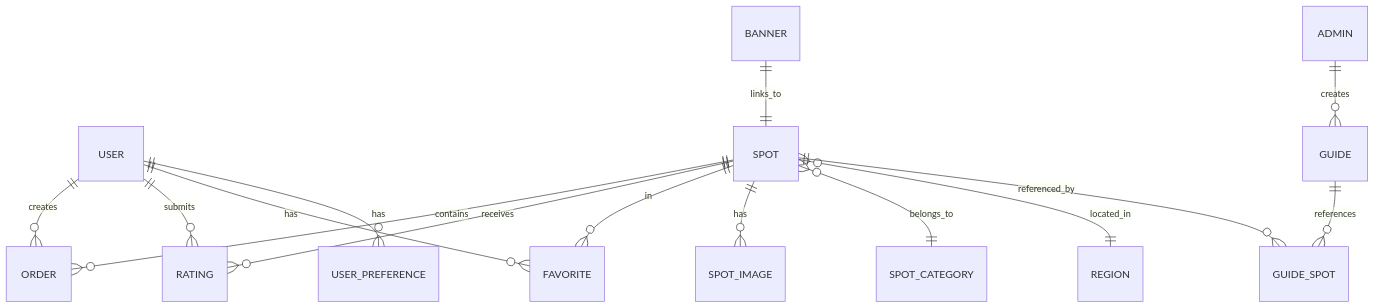
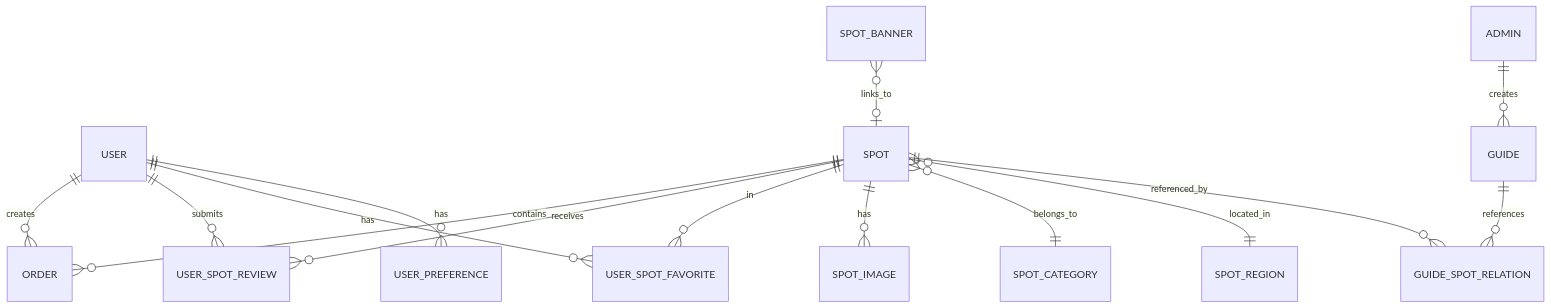
One commit to TheayX/WayTrip changed the diagram in .kiro/specs/travel-recommendation-system/database.md. Above: the diagram before and after it, drawn with Mermaid. The commit also changed other lines of this file and 6 other files, not shown here.

````diff
--- a/.kiro/specs/travel-recommendation-system/database.md
+++ b/.kiro/specs/travel-recommendation-system/database.md
@@ -20,21 +20,21 @@
 ```mermaid
 erDiagram
     USER ||--o{ ORDER : creates
-    USER ||--o{ RATING : submits
-    USER ||--o{ FAVORITE : has
+    USER ||--o{ USER_SPOT_REVIEW : submits
+    USER ||--o{ USER_SPOT_FAVORITE : has
     USER ||--o{ USER_PREFERENCE : has
-    
+
     SPOT ||--o{ ORDER : contains
-    SPOT ||--o{ RATING : receives
-    SPOT ||--o{ FAVORITE : in
+    SPOT ||--o{ USER_SPOT_REVIEW : receives
+    SPOT ||--o{ USER_SPOT_FAVORITE : in
     SPOT ||--o{ SPOT_IMAGE : has
     SPOT }o--|| SPOT_CATEGORY : belongs_to
-    SPOT }o--|| REGION : located_in
-    
-    GUIDE ||--o{ GUIDE_SPOT : references
-    SPOT ||--o{ GUIDE_SPOT : referenced_by
-    
+    SPOT }o--|| SPOT_REGION : located_in
+
+    GUIDE ||--o{ GUIDE_SPOT_RELATION : references
+    SPOT ||--o{ GUIDE_SPOT_RELATION : referenced_by
+
     ADMIN ||--o{ GUIDE : creates
-    
-    BANNER ||--|| SPOT : links_to
+
+    SPOT_BANNER }o--o| SPOT : links_to
 ```
````
